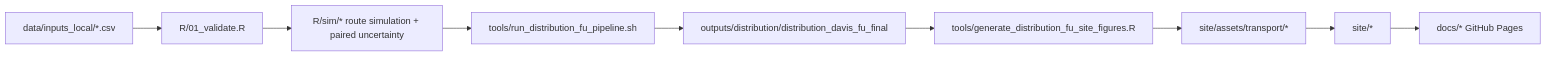
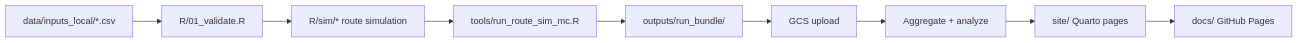
Before and after one commit to dMac716/coldchain-freight-montecarlo: the diagram in site/index.qmd, drawn with Mermaid. The commit also changed other lines of this file and 6 other files, not shown here.

First line of the commit message:
docs: overhaul site, route map, README, and add contribute page

````diff
--- a/site/index.qmd
+++ b/site/index.qmd
@@ -129,11 +110,11 @@
 ```{mermaid}
 flowchart LR
   A[data/inputs_local/*.csv] --> B[R/01_validate.R]
-  B --> C[R/sim/* route simulation + paired uncertainty]
-  C --> D[tools/run_distribution_fu_pipeline.sh]
-  D --> E[outputs/distribution/distribution_davis_fu_final]
-  E --> F[tools/generate_distribution_fu_site_figures.R]
-  F --> G[site/assets/transport/*]
-  G --> H[site/*]
-  H --> I[docs/* GitHub Pages]
+  B --> C[R/sim/* route simulation]
+  C --> D[tools/run_route_sim_mc.R]
+  D --> E[outputs/run_bundle/]
+  E --> F[GCS upload]
+  F --> G[Aggregate + analyze]
+  G --> H[site/ Quarto pages]
+  H --> I[docs/ GitHub Pages]
 ```
````
